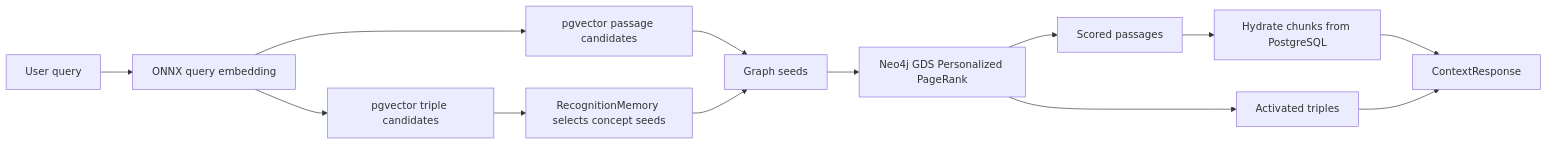
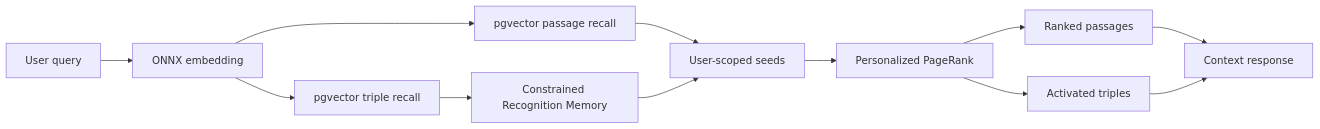
One commit to Luca5Eckert/Kairos changed the second of 2 diagrams in README.md. Above: the diagram before and after it, drawn with Mermaid. The commit also changed other lines of this file, not shown here.

Commit message:
rewrite README around retrieval decisions, evidence, and evaluation gaps

````diff
--- a/README.md
+++ b/README.md
@@ -220,15 +139,14 @@
 ```mermaid
 flowchart LR
-    query["User query"] --> embed["ONNX query embedding"]
-    embed --> passageSearch["pgvector passage candidates"]
-    embed --> tripleSearch["pgvector triple candidates"]
-    tripleSearch --> recog["RecognitionMemory selects concept seeds"]
-    passageSearch --> seeds["Graph seeds"]
-    recog --> seeds
-    seeds --> ppr["Neo4j GDS Personalized PageRank"]
-    ppr --> scored["Scored passages"]
-    ppr --> triples["Activated triples"]
-    scored --> hydrate["Hydrate chunks from PostgreSQL"]
-    hydrate --> response["ContextResponse"]
-    triples --> response
+    Query[User query] --> Embed[ONNX embedding]
+    Embed --> Passages[pgvector passage recall]
+    Embed --> Triples[pgvector triple recall]
+    Triples --> Recognition[Constrained Recognition Memory]
+    Passages --> Seeds[User-scoped seeds]
+    Recognition --> Seeds
+    Seeds --> PPR[Personalized PageRank]
+    PPR --> Chunks[Ranked passages]
+    PPR --> Evidence[Activated triples]
+    Chunks --> Response[Context response]
+    Evidence --> Response
 ```
````
